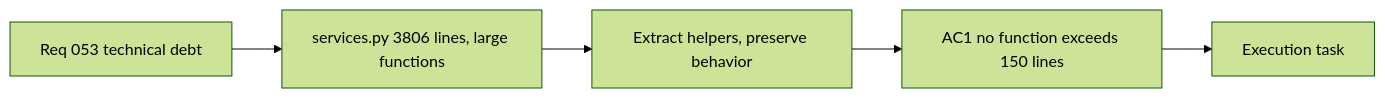
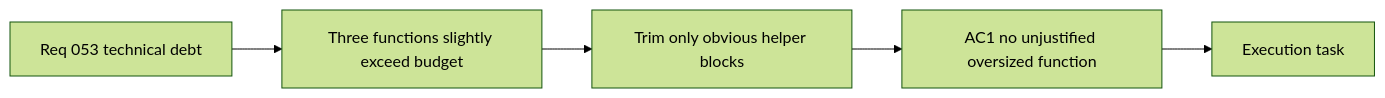
Before and after one commit to AlexAgo83/day-captain: the diagram in logics/backlog/item_102_day_captain_services_decomposition_large_functions.md, drawn with Mermaid (forest theme). The commit also changed other lines of this file and 22 other files, not shown here.

````diff
--- a/logics/backlog/item_102_day_captain_services_decomposition_large_functions.md
+++ b/logics/backlog/item_102_day_captain_services_decomposition_large_functions.md
@@ -28,9 +29,9 @@
 ```mermaid
 %% logics-kind: backlog
-%% logics-signature: backlog|day-captain-services-decomposition-large|req-053-day-captain-technical-debt-and-r|services-py-is-a-single-3-806-line|ac1-no-single-function-in-services-py
+%% logics-signature: backlog|day-captain-services-function-size-guard|req-053-day-captain-technical-debt-and-r|services-py-is-a-large-module-but|ac1-no-single-function-in-services-py
 flowchart LR
-    Request[Req 053 technical debt] --> Problem[services.py 3806 lines, large functions]
-    Problem --> Scope[Extract helpers, preserve behavior]
-    Scope --> Acceptance[AC1 no function exceeds 150 lines]
+    Request[Req 053 technical debt] --> Problem[Three functions slightly exceed budget]
+    Problem --> Scope[Trim only obvious helper blocks]
+    Scope --> Acceptance[AC1 no unjustified oversized function]
     Acceptance --> Tasks[Execution task]
 ```
````
